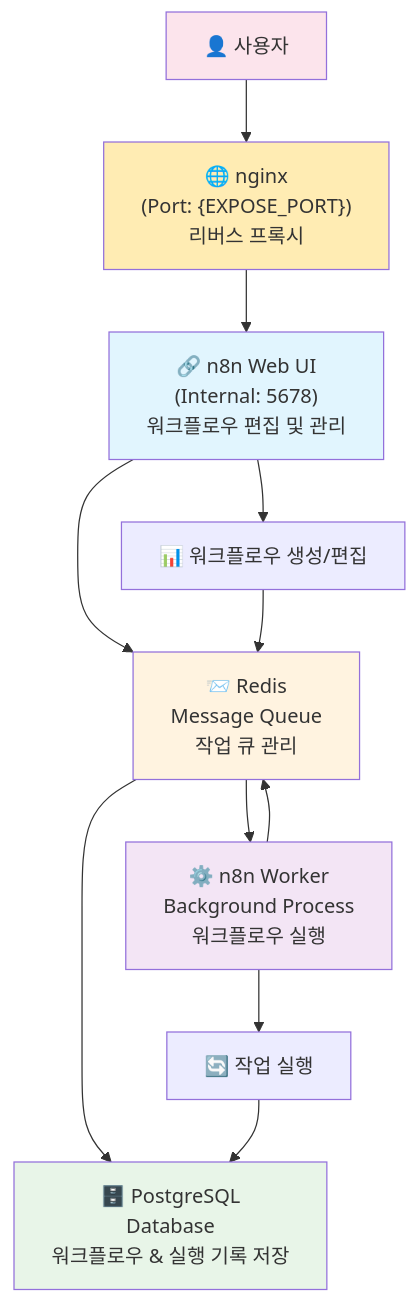
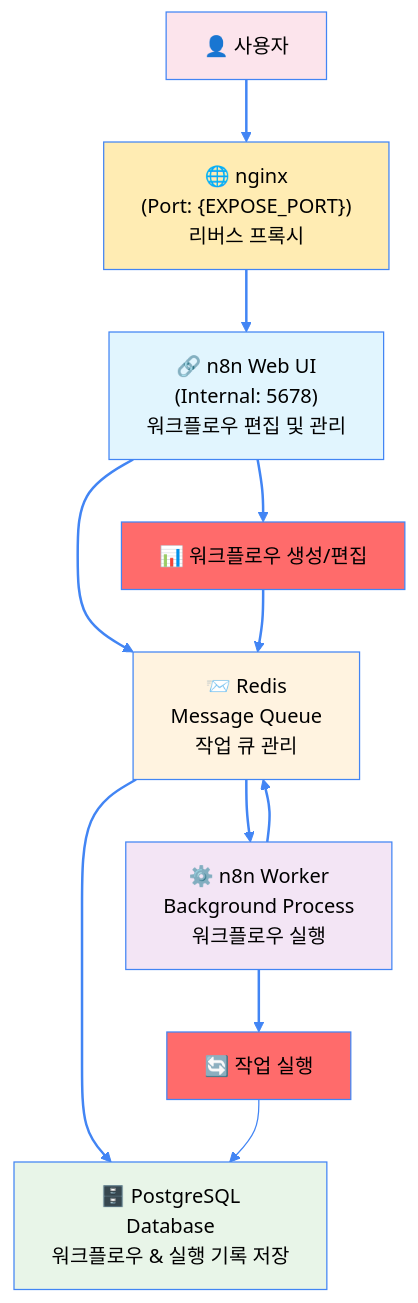
One commit to GzuPark/n8n-custom changed the third of 5 diagrams in README.md. Above: the diagram before and after it, drawn with Mermaid. The commit also changed other lines of this file, not shown here.

Commit message:
Update README.md to change the text editor from nano to vim, enhance mermaid diagrams with color settings, and reorganize the PostgreSQL initialization script location.

````diff
--- a/README.md
+++ b/README.md
@@ -121,21 +131,32 @@
 ```mermaid
+%%{init: {'theme': 'base', 'themeVariables': { 'primaryColor': '#ff6b6b', 'primaryTextColor': '#000000', 'primaryBorderColor': '#4285f4', 'lineColor': '#4285f4', 'textColor': '#000000', 'background': '#ffffff', 'secondaryColor': '#006100', 'tertiaryColor': '#fff', 'edgeLabelBackground': '#ffffff', 'clusterBkg': '#ffffde', 'clusterBorder': '#aaaa33', 'defaultLinkColor': '#4285f4', 'titleColor': '#000000', 'edgeColor': '#4285f4'}}}%%
 graph TD
     A["🌐 nginx<br/>(Port: {EXPOSE_PORT})<br/>리버스 프록시"] --> B["🔗 n8n Web UI<br/>(Internal: 5678)<br/>워크플로우 편집 및 관리"]
     B --> C["📨 Redis<br/>Message Queue<br/>작업 큐 관리"]
     D["⚙️ n8n Worker<br/>Background Process<br/>워크플로우 실행"] --> C
     C --> E["🗄️ PostgreSQL<br/>Database<br/>워크플로우 & 실행 기록 저장"]
     
     F["👤 사용자"] --> A
     B --> G["📊 워크플로우 생성/편집"]
     G --> C
     C --> D
     D --> H["🔄 작업 실행"]
     H --> E
     
-    style A fill:#ffecb3
-    style B fill:#e1f5fe
-    style D fill:#f3e5f5
-    style C fill:#fff3e0
-    style E fill:#e8f5e8
-    style F fill:#fce4ec
+    style A fill:#ffecb3,color:#000000,stroke:#4285f4
+    style B fill:#e1f5fe,color:#000000,stroke:#4285f4
+    style D fill:#f3e5f5,color:#000000,stroke:#4285f4
+    style C fill:#fff3e0,color:#000000,stroke:#4285f4
+    style E fill:#e8f5e8,color:#000000,stroke:#4285f4
+    style F fill:#fce4ec,color:#000000,stroke:#4285f4
+    
+    linkStyle 0 stroke:#4285f4,stroke-width:2px
+    linkStyle 1 stroke:#4285f4,stroke-width:2px
+    linkStyle 2 stroke:#4285f4,stroke-width:2px
+    linkStyle 3 stroke:#4285f4,stroke-width:2px
+    linkStyle 4 stroke:#4285f4,stroke-width:2px
+    linkStyle 5 stroke:#4285f4,stroke-width:2px
+    linkStyle 6 stroke:#4285f4,stroke-width:2px
+    linkStyle 7 stroke:#4285f4,stroke-width:2px
+    linkStyle 8 stroke:#4285f4,stroke-width:2px
 ```
````
